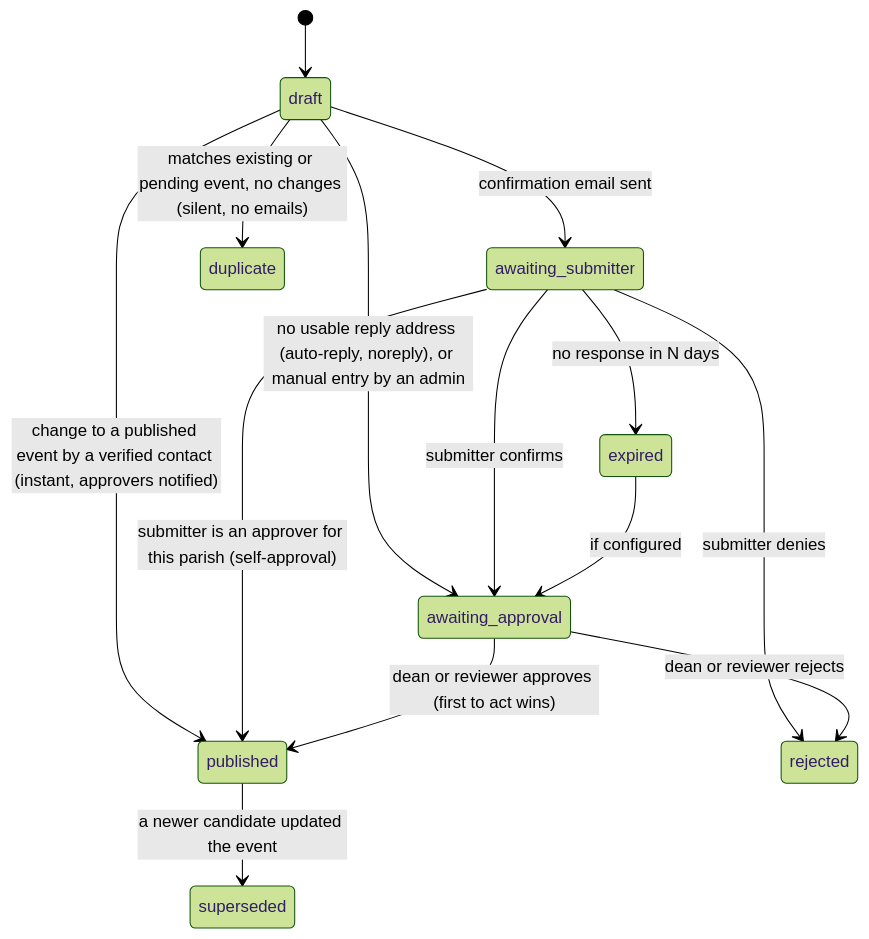
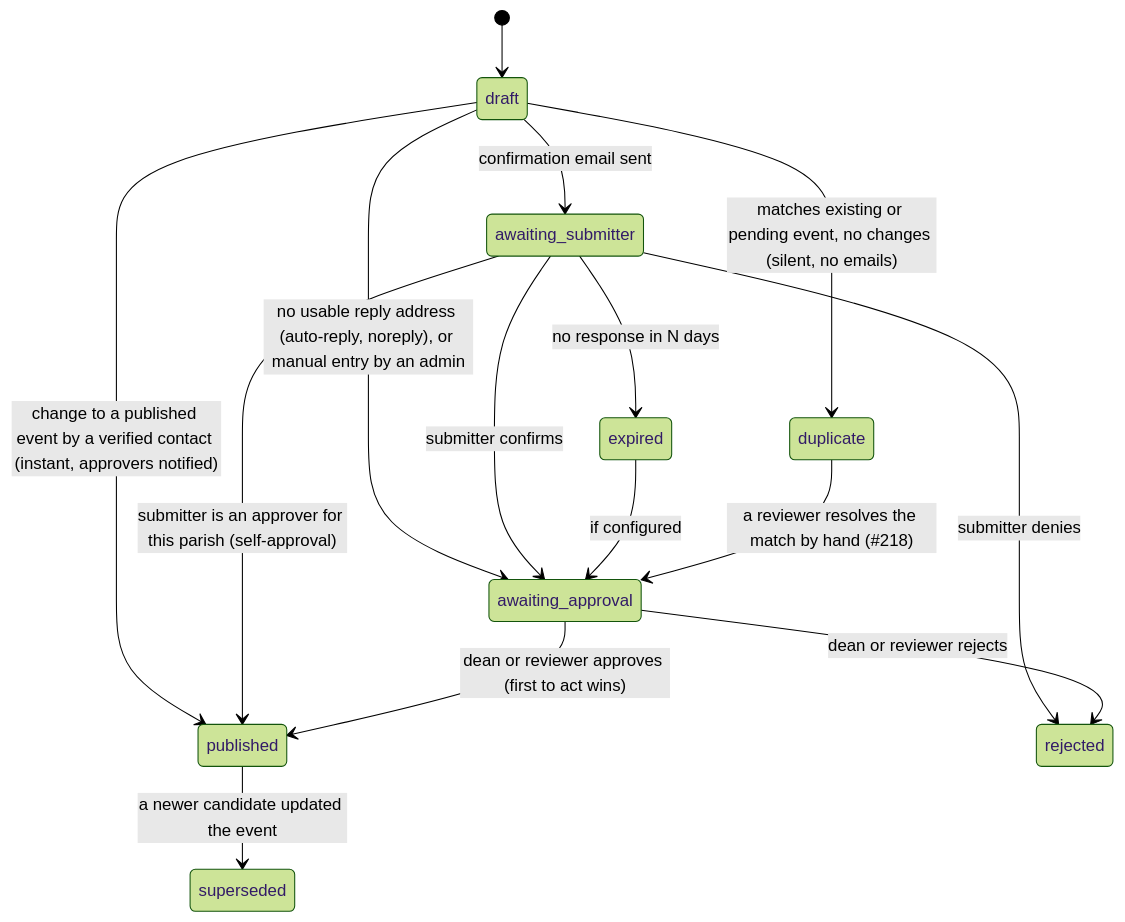
The third of 3 diagrams in docs/data-model.md (Archdiocese-of-Cape-Town/adct.org.za), drawn with Mermaid (forest theme) before and after one commit. The commit also changed other lines of this file and 8 other files, not shown here.

First line of the commit message:
Resolve a duplicate-status candidate back into the approval queue (#218) (#224)

````diff
--- a/docs/data-model.md
+++ b/docs/data-model.md
@@ -391,16 +418,17 @@
 ```mermaid
 stateDiagram-v2
     [*] --> draft
     draft --> awaiting_submitter: confirmation email sent
     draft --> awaiting_approval: no usable reply address (auto-reply, noreply), or manual entry by an admin
     draft --> published: change to a published event by a verified contact (instant, approvers notified)
     awaiting_submitter --> awaiting_approval: submitter confirms
     awaiting_submitter --> published: submitter is an approver for this parish (self-approval)
     awaiting_submitter --> rejected: submitter denies
     awaiting_submitter --> expired: no response in N days
     expired --> awaiting_approval: if configured
     awaiting_approval --> published: dean or reviewer approves (first to act wins)
     awaiting_approval --> rejected: dean or reviewer rejects
     draft --> duplicate: matches existing or pending event, no changes (silent, no emails)
-    published --> superseded: a newer candidate updated the event
+        duplicate --> awaiting_approval: a reviewer resolves the match by hand (#218)
+        published --> superseded: a newer candidate updated the event
 ```
````
